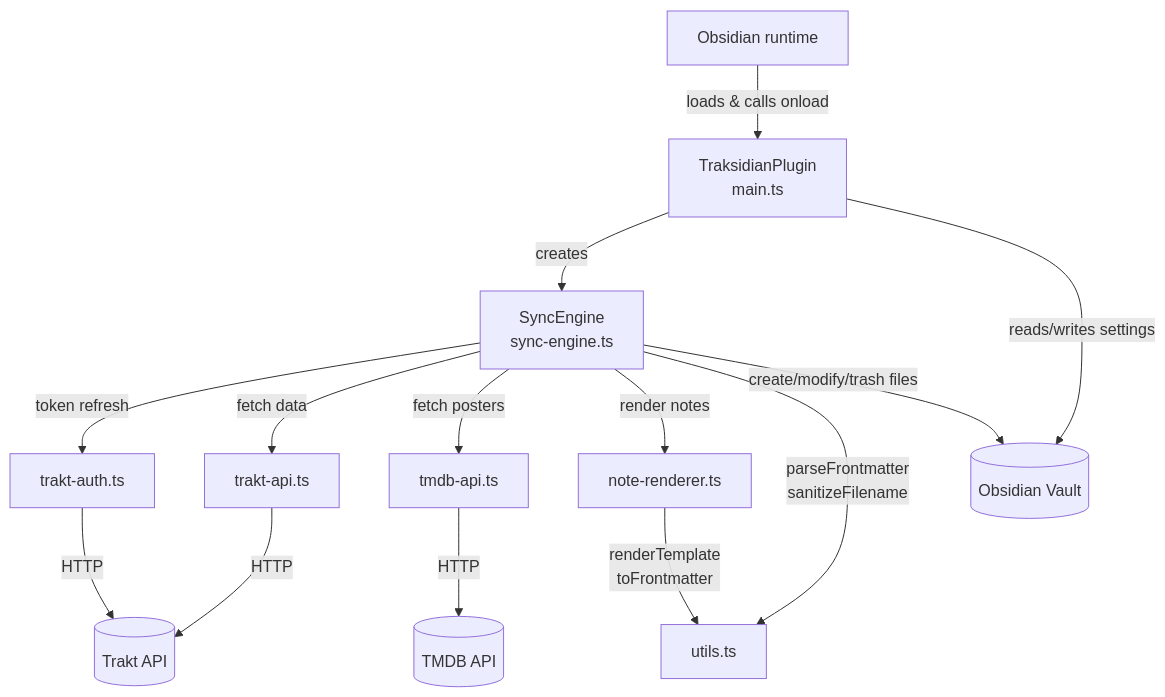
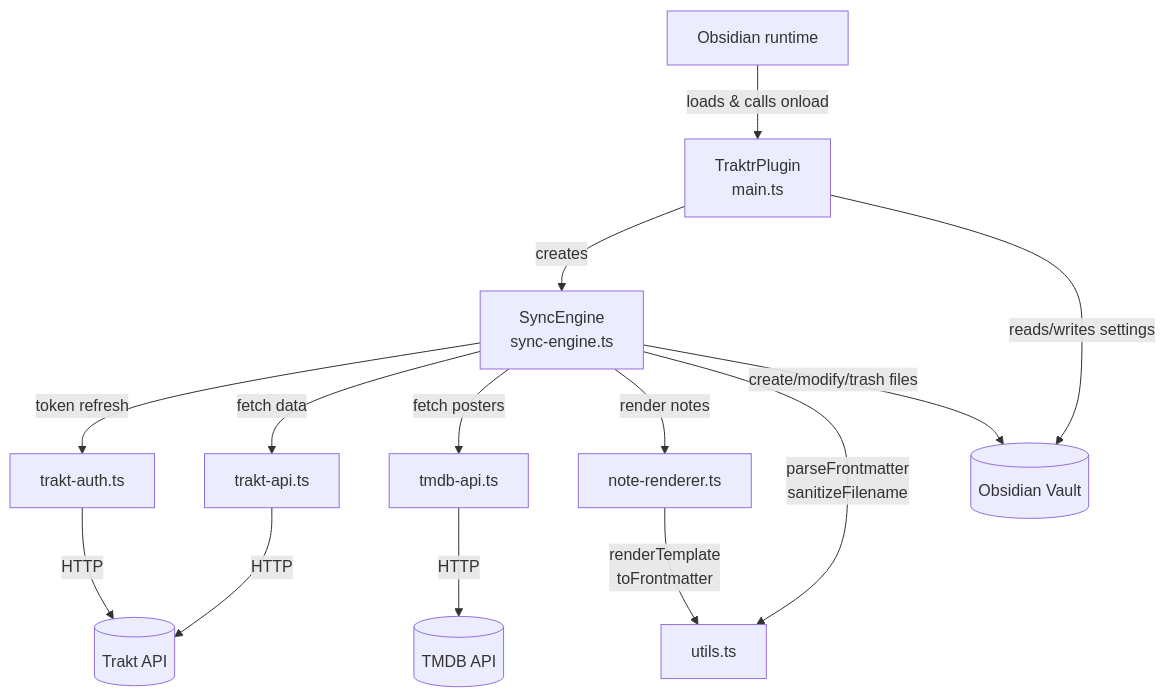
Before and after one commit to sarimabbas/traktr: the second of 16 diagrams in doc/DEVELOPER.md, drawn with Mermaid. The commit also changed other lines of this file and 10 other files, not shown here.

````diff
--- a/doc/DEVELOPER.md
+++ b/doc/DEVELOPER.md
@@ -72,28 +72,28 @@
 ```mermaid
 flowchart TD
     OBS[Obsidian runtime]
-    MAIN[TraksidianPlugin\nmain.ts]
+    MAIN[TraktrPlugin\nmain.ts]
     SE[SyncEngine\nsync-engine.ts]
     NR[note-renderer.ts]
     TA[trakt-api.ts]
     TB[trakt-auth.ts]
     TM[tmdb-api.ts]
     UT[utils.ts]
     VAULT[(Obsidian Vault)]
     TRAKT[(Trakt API)]
     TMDBA[(TMDB API)]
 
     OBS -->|loads & calls onload| MAIN
     MAIN -->|creates| SE
     MAIN -->|reads/writes settings| VAULT
     SE -->|token refresh| TB
     SE -->|fetch data| TA
     SE -->|fetch posters| TM
     SE -->|render notes| NR
     NR -->|renderTemplate\ntoFrontmatter| UT
     SE -->|parseFrontmatter\nsanitizeFilename| UT
     SE -->|create/modify/trash files| VAULT
     TA -->|HTTP| TRAKT
     TB -->|HTTP| TRAKT
     TM -->|HTTP| TMDBA
 ```
````
